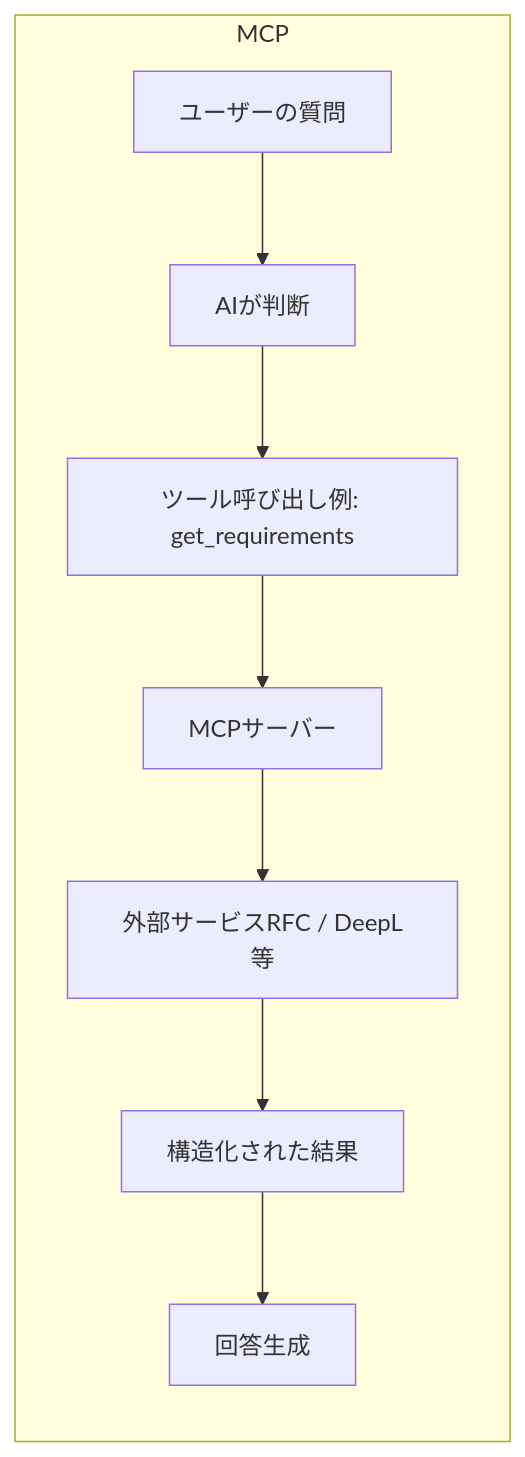
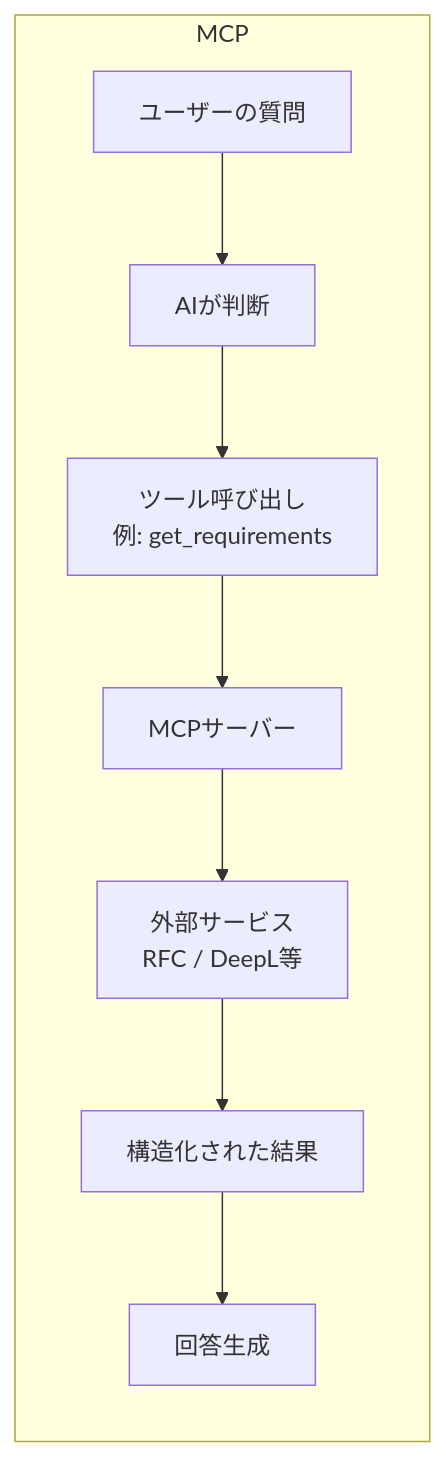
Before and after one commit to shuji-bonji/ai-agent-architecture: the fourth of 13 diagrams in docs/ja/concepts/04-ai-design-patterns.md, drawn with Mermaid. The commit also changed other lines of this file and 8 other files, not shown here.

````diff
--- a/docs/ja/concepts/04-ai-design-patterns.md
+++ b/docs/ja/concepts/04-ai-design-patterns.md
@@ -103,11 +144,11 @@
 ```mermaid
 flowchart LR
     subgraph MCP
         Q2[ユーザーの質問] --> A2[AIが判断]
-        A2 --> T[ツール呼び出し<bn>例: get_requirements]
+        A2 --> T[ツール呼び出し<br>例: get_requirements]
         T --> S2[MCPサーバー]
-        S2 --> E2[外部サービス<bn>RFC / DeepL等]
+        S2 --> E2[外部サービス<br>RFC / DeepL等]
         E2 --> R2[構造化された結果]
         R2 --> G2[回答生成]
     end
 ```
````
